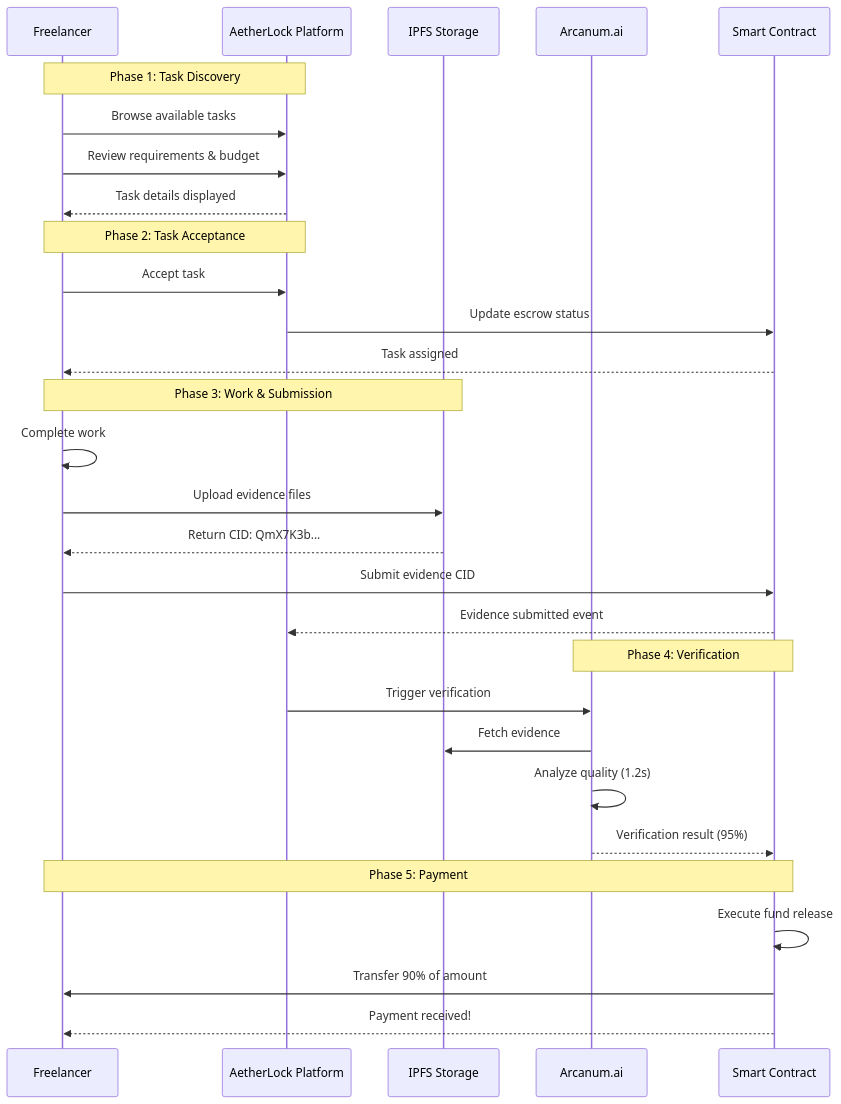
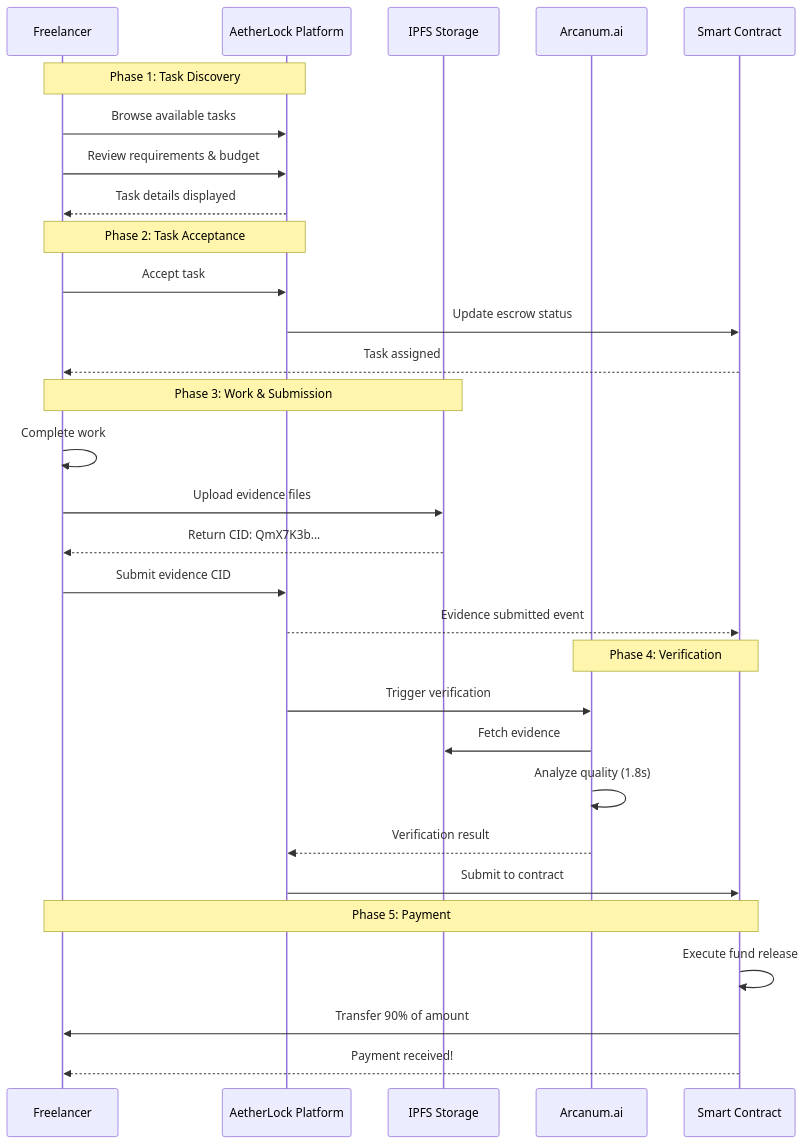
One commit to De-real-iManuel/aetherlock-docs changed the third of 6 diagrams in potv-consensus.mdx. Above: the diagram before and after it, drawn with Mermaid. The commit also changed other lines of this file and 144 other files, not shown here.

````diff
--- a/potv-consensus.mdx
+++ b/potv-consensus.mdx
@@ -331,36 +285,37 @@
 ```mermaid
 sequenceDiagram
     participant F as Freelancer
     participant W as AetherLock Platform
     participant IPFS as IPFS Storage
     participant AI as Arcanum.ai
     participant SC as Smart Contract
     
     Note over F,W: Phase 1: Task Discovery
     F->>W: Browse available tasks
     F->>W: Review requirements & budget
     W-->>F: Task details displayed
     
     Note over F,W: Phase 2: Task Acceptance
     F->>W: Accept task
     W->>SC: Update escrow status
     SC-->>F: Task assigned
     
     Note over F,IPFS: Phase 3: Work & Submission
     F->>F: Complete work
     F->>IPFS: Upload evidence files
     IPFS-->>F: Return CID: QmX7K3b...
-    F->>SC: Submit evidence CID
-    SC-->>W: Evidence submitted event
+    F->>W: Submit evidence CID
+    W-->>SC: Evidence submitted event
     
     Note over AI,SC: Phase 4: Verification
     W->>AI: Trigger verification
     AI->>IPFS: Fetch evidence
-    AI->>AI: Analyze quality (1.2s)
-    AI-->>SC: Verification result (95%)
+    AI->>AI: Analyze quality (1.8s)
+    AI-->>W: Verification result
+    W->>SC: Submit to contract
     
     Note over F,SC: Phase 5: Payment
     SC->>SC: Execute fund release
     SC->>F: Transfer 90% of amount
     SC-->>F: Payment received!
 ```
````
